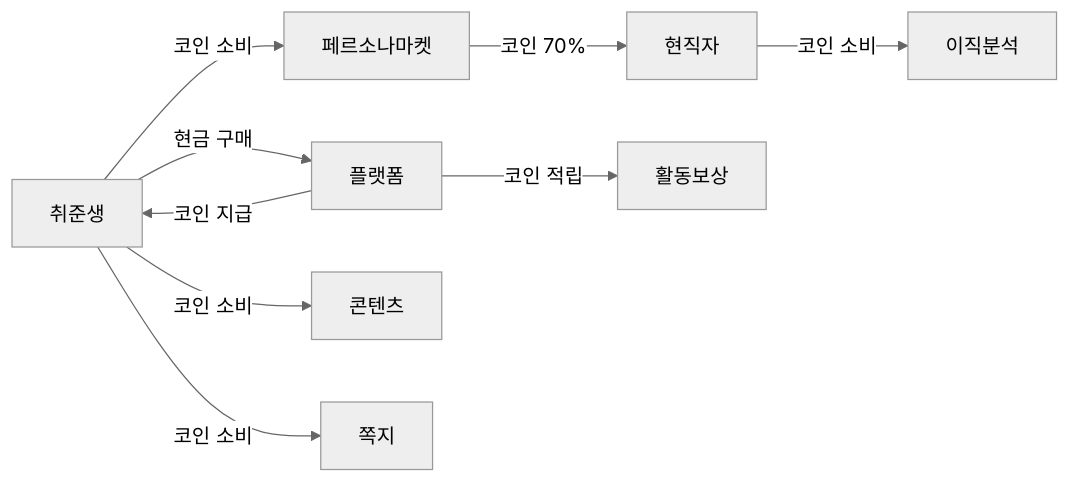
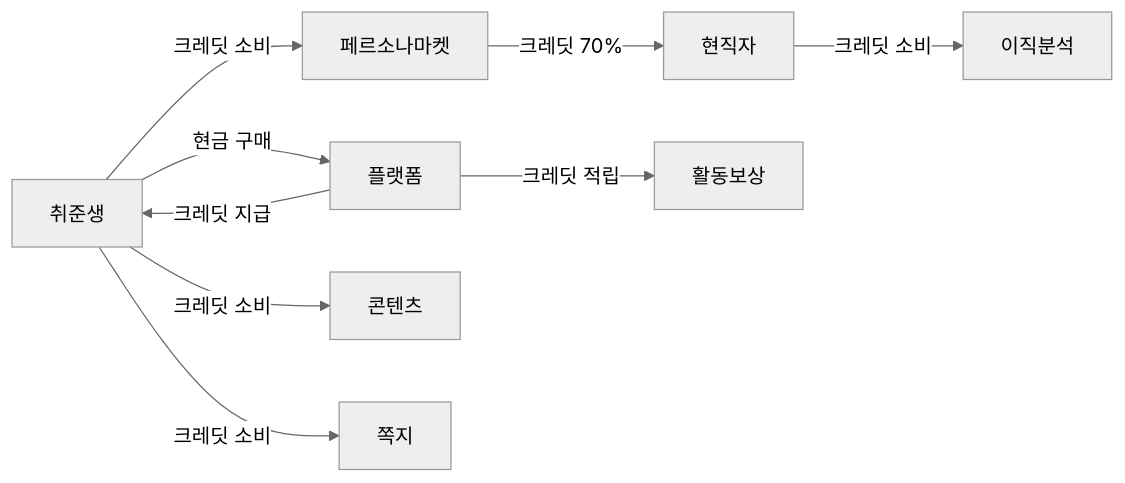
The first of 5 diagrams in docs/whitepaper/lww/proposal.md (2026-SKP-MIRAI/MIRAI), drawn with Mermaid (neutral theme) before and after one commit. The commit also changed other lines of this file and 27 other files, not shown here.

````diff
--- a/docs/whitepaper/lww/proposal.md
+++ b/docs/whitepaper/lww/proposal.md
@@ -386,11 +432,11 @@
 ```mermaid
 flowchart LR
   취준생 -->|현금 구매| 플랫폼
-  플랫폼 -->|코인 지급| 취준생
-  취준생 -->|코인 소비| 페르소나마켓
-  취준생 -->|코인 소비| 콘텐츠
-  취준생 -->|코인 소비| 쪽지
-  페르소나마켓 -->|코인 70%| 현직자
-  현직자 -->|코인 소비| 이직분석
-  플랫폼 -->|코인 적립| 활동보상
+  플랫폼 -->|크레딧 지급| 취준생
+  취준생 -->|크레딧 소비| 페르소나마켓
+  취준생 -->|크레딧 소비| 콘텐츠
+  취준생 -->|크레딧 소비| 쪽지
+  페르소나마켓 -->|크레딧 70%| 현직자
+  현직자 -->|크레딧 소비| 이직분석
+  플랫폼 -->|크레딧 적립| 활동보상
 ```
````
